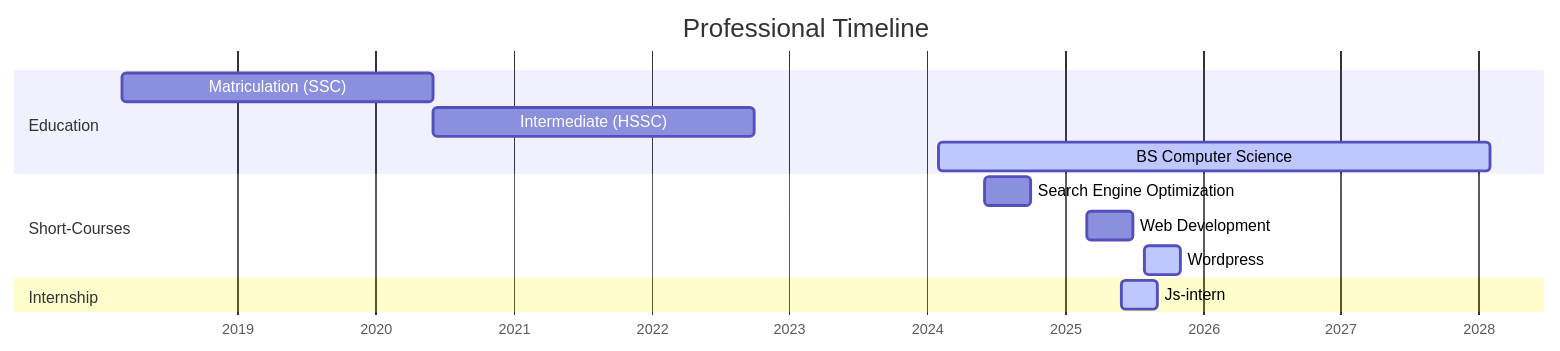
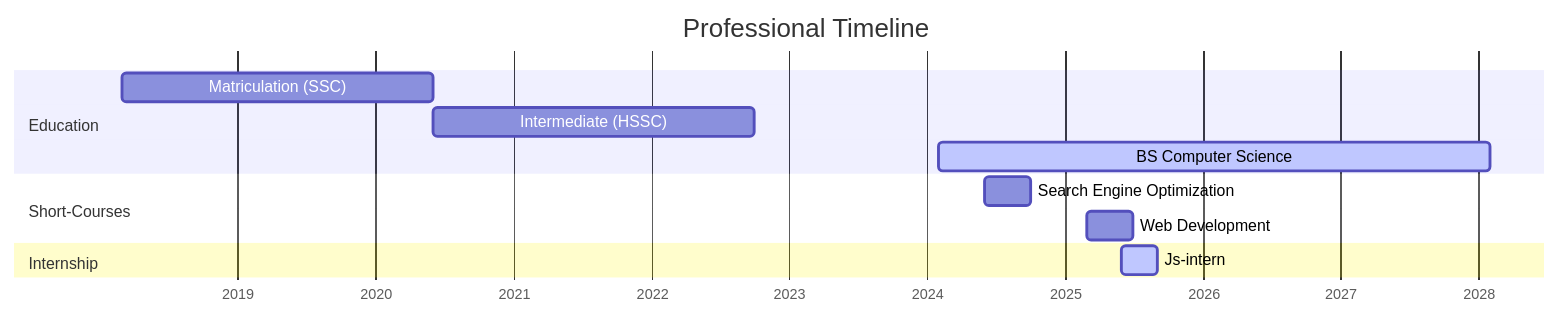
Before and after one commit to ahmadubaid061/ahmadubaid061: the diagram in README.md, drawn with Mermaid.

````diff
--- a/README.md
+++ b/README.md
@@ -58,21 +58,21 @@
 ```mermaid
 gantt
     title Professional Timeline
     dateFormat  YYYY-MM
     axisFormat %Y
     
     section Education
     Matriculation (SSC) :a1, 2018-03, 2020-06
     Intermediate (HSSC) :a2, after a1, 2022-10
     BS Computer Science :active, a3, 2024-02, 2028-02
     
 
     section Short-Courses
     Search Engine Optimization:a4, 2024-06,2024-10
     Web Development :a5, 2025-03,2025-07
-    Wordpress :active, a7,2025-08,2025-11
+    
 
     section Internship
     Js-intern  :active, a6,2025-06,2025-09
     
 ```
````
